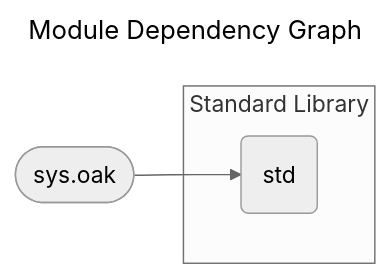
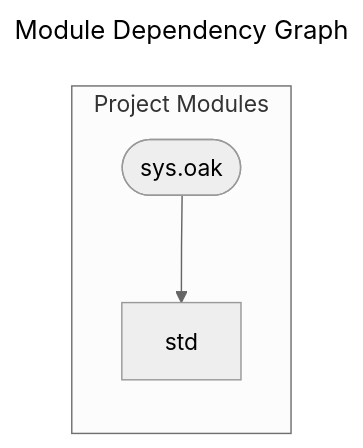
One commit to SpcFORK/magnolia changed the diagram in docs/spec/sys.mmd. Above: the diagram before and after it, drawn with Mermaid (neutral theme). The commit also changed 373 other files, not shown here.

Commit message:
Refactor module dependency graphs and update imports across various specifications

```diff
--- a/docs/spec/sys.mmd
+++ b/docs/spec/sys.mmd
@@ -1,9 +1,9 @@
 ---
 title: Module Dependency Graph
 ---
 flowchart LR
-    lib_sys_oak(["sys.oak"])
-    subgraph stdlib_core ["Standard Library"]
-        std("std")
+    subgraph project_modules ["Project Modules"]
+        std["std"]
+        lib_sys_oak(["sys.oak"])
     end
     lib_sys_oak --> std
```
